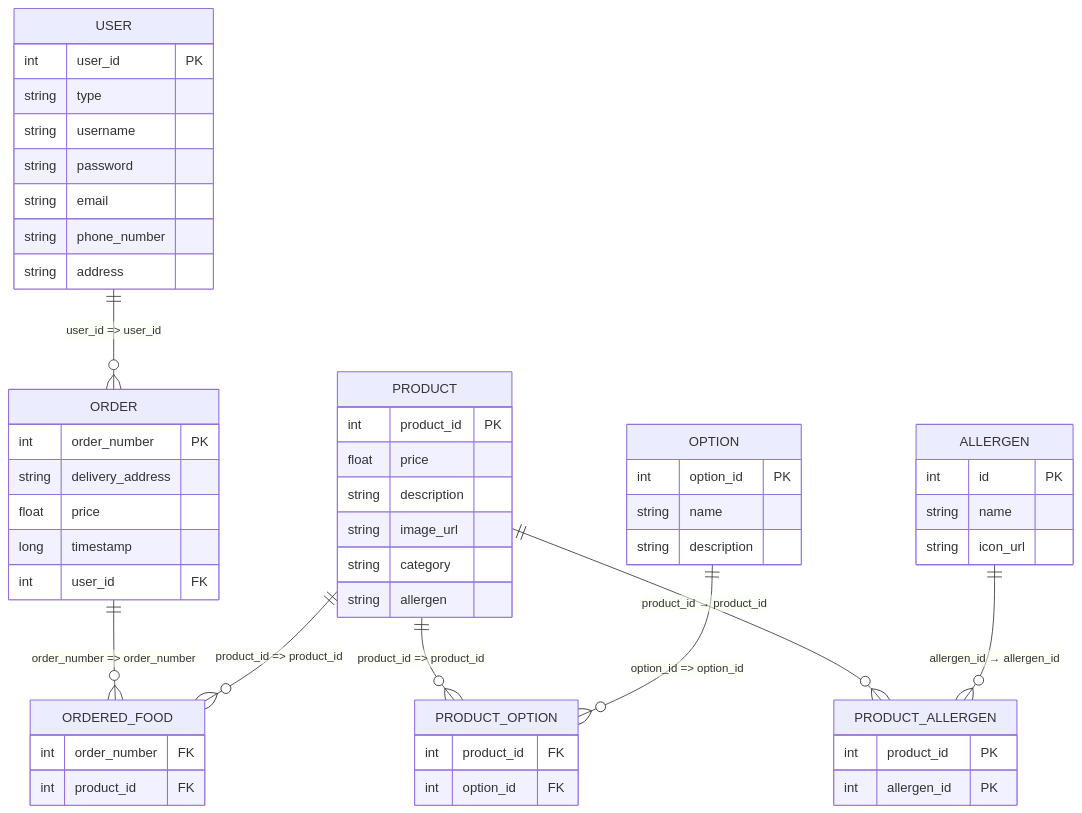
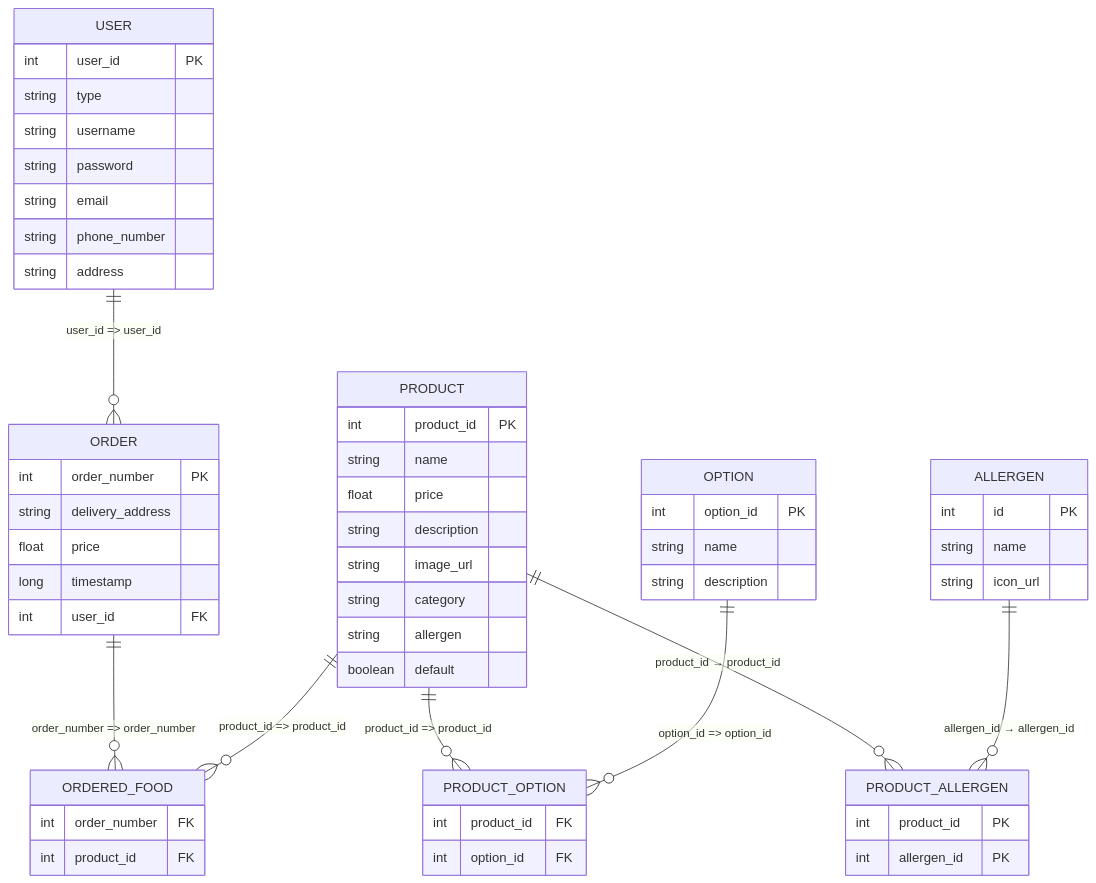
Before and after one commit to leevilaune/WebProject: the diagram in README.md, drawn with Mermaid.

Commit message:
add name and default fields to PRODUCT schema

````diff
--- a/README.md
+++ b/README.md
@@ -5,64 +5,66 @@
 ```mermaid
 erDiagram
     USER {
         int user_id PK
         string type
         string username
         string password
         string email
         string phone_number
         string address
     }
 
     ORDER {
         int order_number PK
         string delivery_address
         float price
         long timestamp
         int user_id FK
     }
 
     ORDERED_FOOD {
         int order_number FK
         int product_id FK
     }
 
     PRODUCT {
         int product_id PK
+        string name
         float price
         string description
         string image_url
         string category
         string allergen
+        boolean default
     }
 
     PRODUCT_OPTION {
         int product_id FK
         int option_id FK
     }
 
     OPTION {
         int option_id PK
         string name
         string description
     }
 
     ALLERGEN {
         int id PK
         string name
         string icon_url
     }
 
     PRODUCT_ALLERGEN {
         int product_id PK
         int allergen_id PK
     }
 
     USER ||--o{ ORDER : "user_id => user_id"
     ORDER ||--o{ ORDERED_FOOD : "order_number => order_number"
     PRODUCT ||--o{ ORDERED_FOOD : "product_id => product_id"
     PRODUCT ||--o{ PRODUCT_OPTION : "product_id => product_id"
     OPTION ||--o{ PRODUCT_OPTION : "option_id => option_id"
     PRODUCT ||--o{ PRODUCT_ALLERGEN : "product_id → product_id"
     ALLERGEN ||--o{ PRODUCT_ALLERGEN : "allergen_id → allergen_id"
 ```
````
